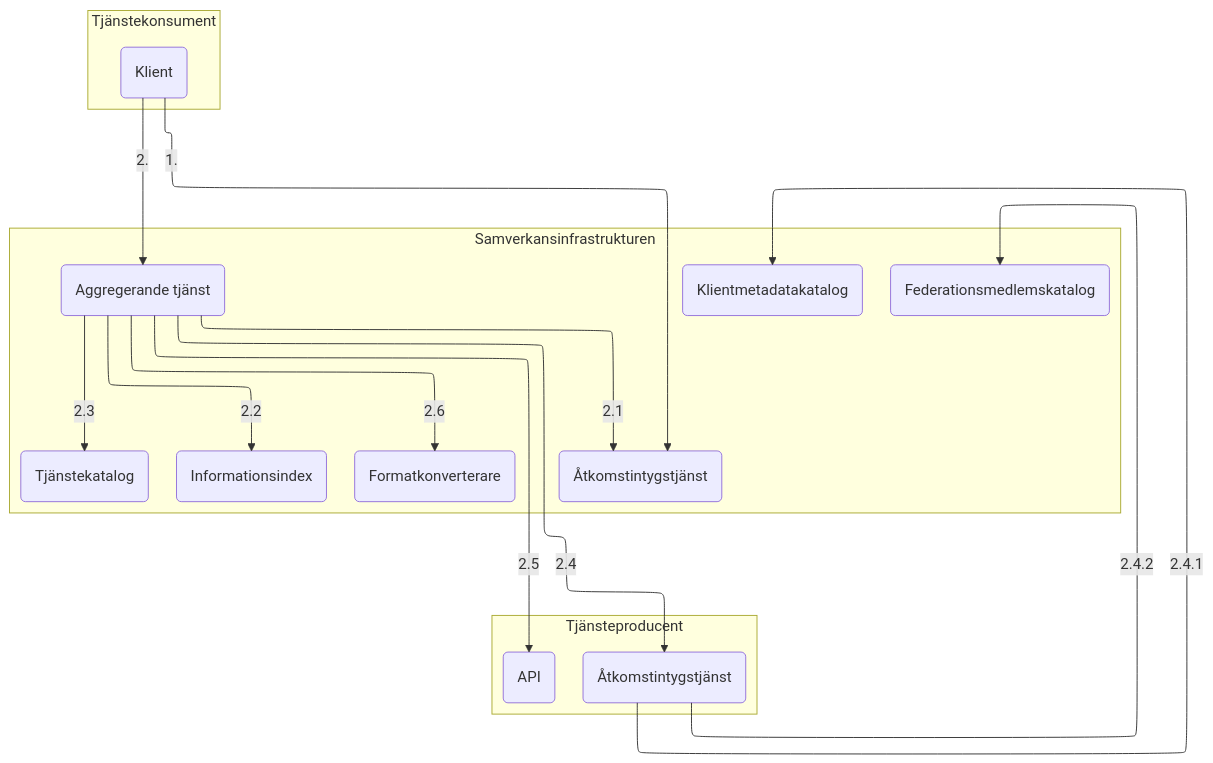
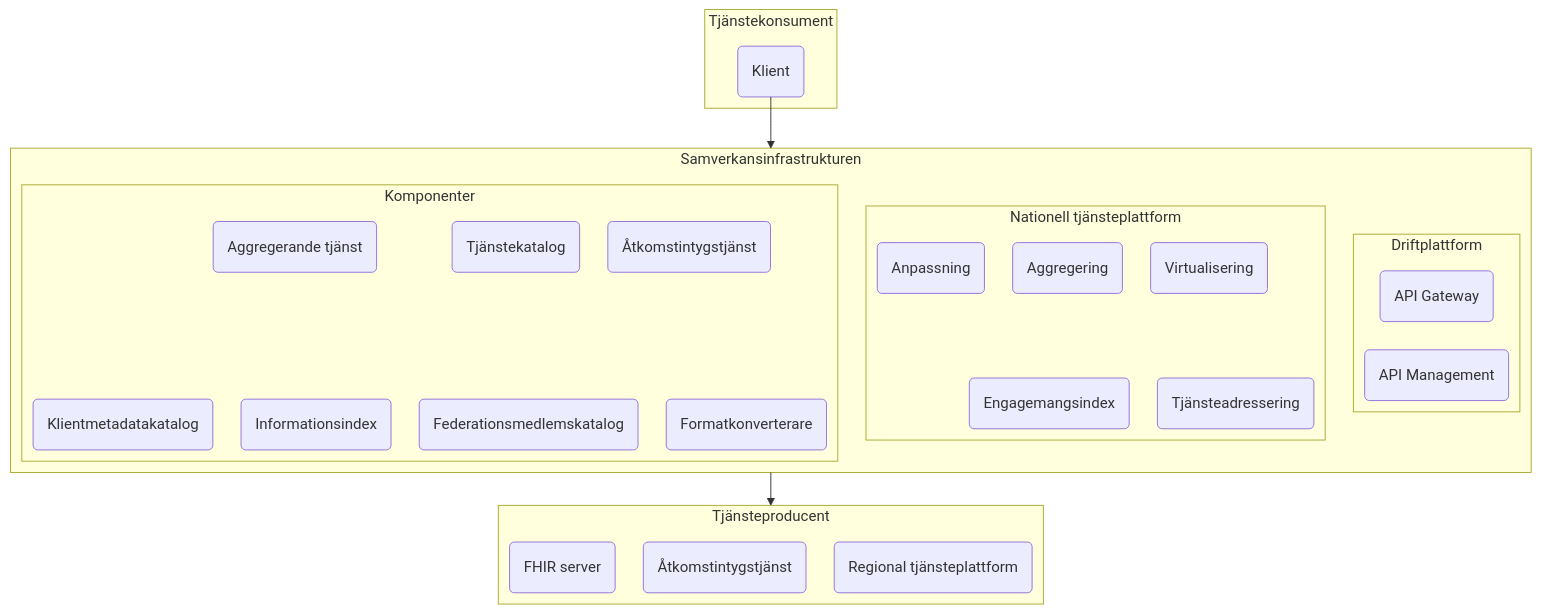
The fifth of 6 diagrams in T2-krav/tk-krav.md (anders-malmros-inera/t2mmd), drawn with Mermaid before and after one commit. The commit also changed other lines of this file, not shown here.

Commit message:
Enhance architecture diagrams in tk-krav.md: add detailed components for service infrastructure and update flow representations

````diff
--- a/T2-krav/tk-krav.md
+++ b/T2-krav/tk-krav.md
@@ -121,32 +123,33 @@
 ```mermaid
 %%{init: {"flowchart": {"defaultRenderer": "elk"}} }%%
 graph 
     subgraph tk[Tjänstekonsument]
         tkc(Klient)
     end
+    
+
     subgraph si[Samverkansinfrastrukturen]
-        sias(Åtkomstintygstjänst)
-        sitk(Tjänstekatalog)
-        siagg(Aggregerande tjänst)
-        siii(Informationsindex)
-        sifmk(Federationsmedlemskatalog)
-        sikk(Klientmetadatakatalog)
-        sifk(Formatkonverterare)
+        subgraph si1[Komponenter]
+            sias(Åtkomstintygstjänst) & sitk(Tjänstekatalog) & siagg(Aggregerande tjänst)
+            ~~~
+            siii(Informationsindex) & sifmk(Federationsmedlemskatalog) & sikk(Klientmetadatakatalog) & sifk(Formatkonverterare)
+        end
+        subgraph drift[Driftplattform]
+            gw(API Gateway)~~~ap(API Management)
+
+        end
+        subgraph ntjp[Nationell tjänsteplattform]
+            vp(Virtualisering) & ag(Aggregering) & anp(Anpassning)
+            ~~~
+            ei(Engagemangsindex) & tak(Tjänsteadressering)
+        end
     end
     subgraph tp[Tjänsteproducent]
         tpas(Åtkomstintygstjänst)
-        tpapi(API)
+        tprtp(Regional tjänsteplattform)
+        tpfs(FHIR server)
     end
-    
-    tkc--1. -->sias
-    tkc--2. -->siagg
-    siagg--2.1 -->sias
-    siagg--2.2 -->siii
-    siagg--2.3 -->sitk
-    siagg--2.4 -->tpas
-    tpas--2.4.2 -->sifmk
-    tpas--2.4.1 -->sikk
-    siagg--2.5 -->tpapi  
-    siagg--2.6 -->sifk  
+    %%tk --> si --> tp
+    tkc-->si-->tp
 
 ```
````
